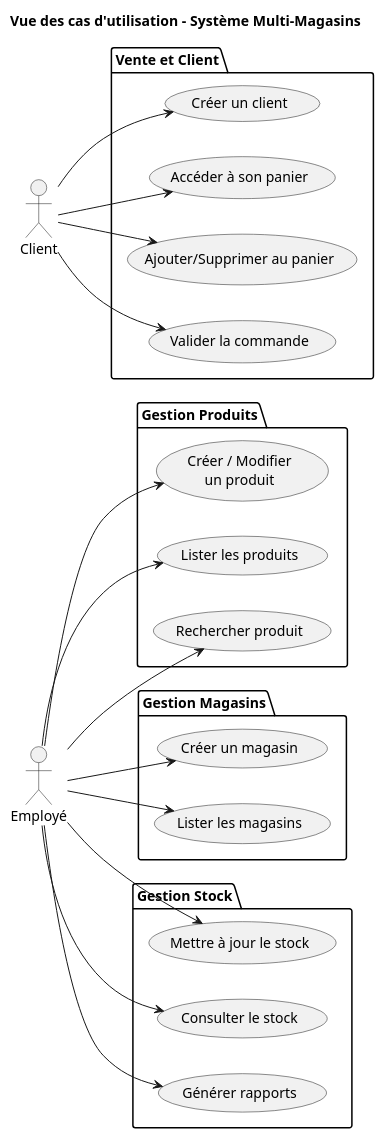
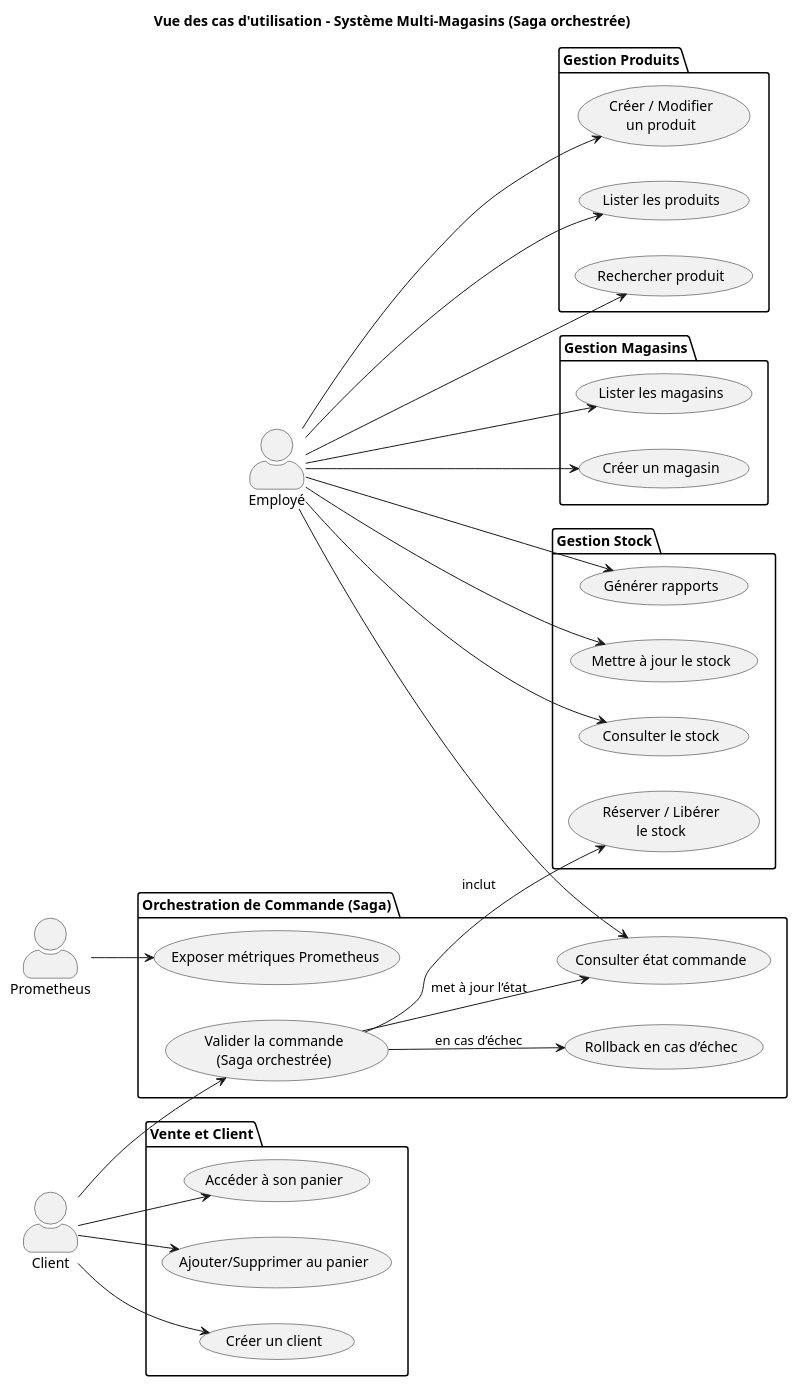
One commit to EnissayG/laboratoire-0-log430-YassineGraitaa changed the diagram in docs/LAB6/UML/diagramme_casutilisation/usecase.puml. Above: the diagram before and after it, drawn with PlantUML. The commit also changed 40 other files, not shown here.

```diff
--- a/docs/LAB6/UML/diagramme_casutilisation/usecase.puml
+++ b/docs/LAB6/UML/diagramme_casutilisation/usecase.puml
@@ -1,46 +1,63 @@
 @startuml
-title Vue des cas d'utilisation - Système Multi-Magasins
+title Vue des cas d'utilisation – Système Multi-Magasins (Saga orchestrée)
 
 left to right direction
+skinparam actorStyle awesome
+
 actor Employé
 actor Client
+actor Prometheus
 
 package "Gestion Produits" {
   usecase "Créer / Modifier\nun produit" as UC1
   usecase "Lister les produits" as UC2
   usecase "Rechercher produit" as UC3
 }
 
 package "Gestion Magasins" {
   usecase "Créer un magasin" as UC4
   usecase "Lister les magasins" as UC5
 }
 
 package "Gestion Stock" {
   usecase "Mettre à jour le stock" as UC6
   usecase "Consulter le stock" as UC7
   usecase "Générer rapports" as UC8
+  usecase "Réserver / Libérer\nle stock" as UC17
 }
 
 package "Vente et Client" {
   usecase "Créer un client" as UC9
   usecase "Accéder à son panier" as UC10
   usecase "Ajouter/Supprimer au panier" as UC11
-  usecase "Valider la commande" as UC12
+}
+
+package "Orchestration de Commande (Saga)" {
+  usecase "Valider la commande\n(Saga orchestrée)" as UC12
+  usecase "Consulter état commande" as UC13
+  usecase "Rollback en cas d’échec" as UC14
+  usecase "Exposer métriques Prometheus" as UC15
 }
 
 Employé --> UC1
 Employé --> UC2
 Employé --> UC3
 Employé --> UC4
 Employé --> UC5
 Employé --> UC6
 Employé --> UC7
 Employé --> UC8
+Employé --> UC13
 
 Client --> UC9
 Client --> UC10
 Client --> UC11
 Client --> UC12
 
+UC12 --> UC17 : inclut
+UC12 --> UC14 : en cas d’échec
+UC12 --> UC13 : met à jour l’état
+
+Prometheus --> UC15
+
 @enduml
```
